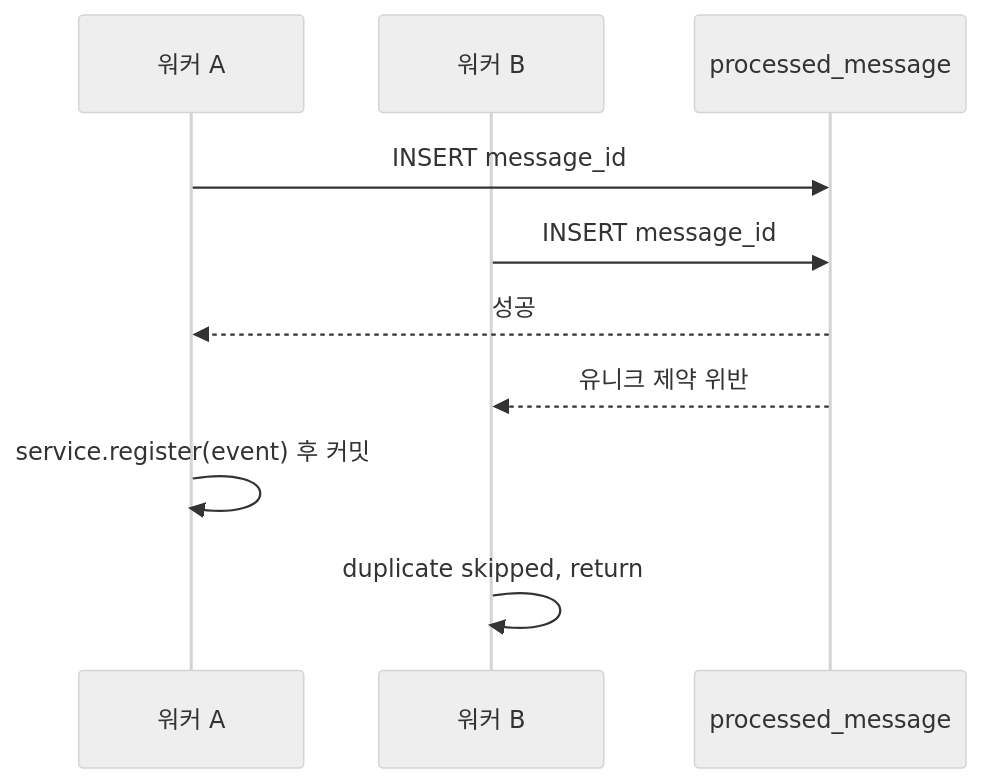
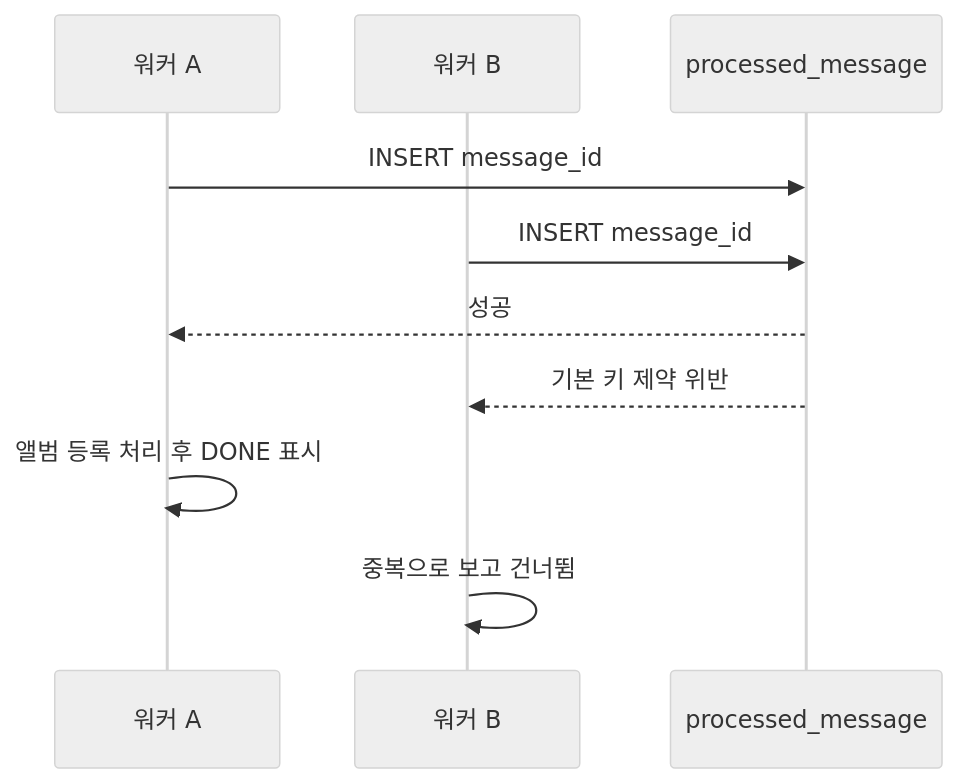
Before and after one commit to polynomeer/polynomeer.github.io: the second of 4 diagrams in _posts/notes/common/2025-10-19-polling-to-sqs-pipeline.md, drawn with Mermaid (neutral theme). The commit also changed other lines of this file, not shown here.

````diff
--- a/_posts/notes/common/2025-10-19-polling-to-sqs-pipeline.md
+++ b/_posts/notes/common/2025-10-19-polling-to-sqs-pipeline.md
@@ -114,12 +102,12 @@
 ```mermaid
 sequenceDiagram
     participant A as 워커 A
     participant B as 워커 B
     participant DB as processed_message
     A->>DB: INSERT message_id
     B->>DB: INSERT message_id
     DB-->>A: 성공
-    DB-->>B: 유니크 제약 위반
-    A->>A: service.register(event) 후 커밋
-    B->>B: duplicate skipped, return
+    DB-->>B: 기본 키 제약 위반
+    A->>A: 앨범 등록 처리 후 DONE 표시
+    B->>B: 중복으로 보고 건너뜀
 ```
````
